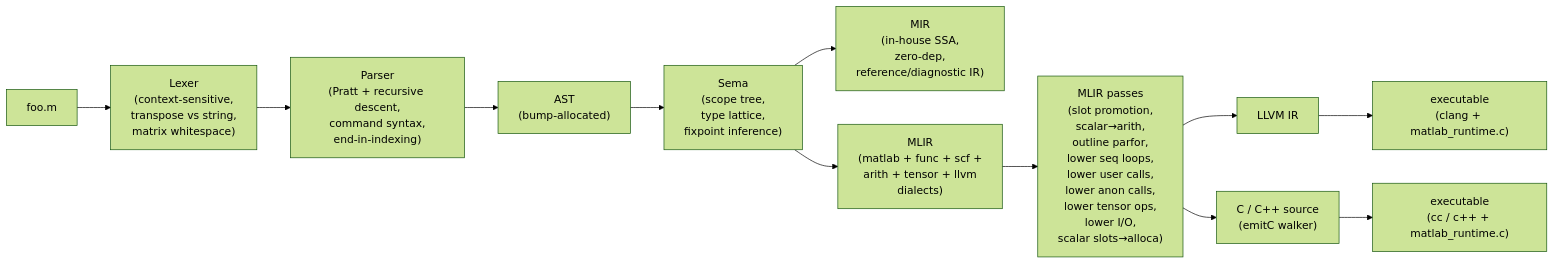
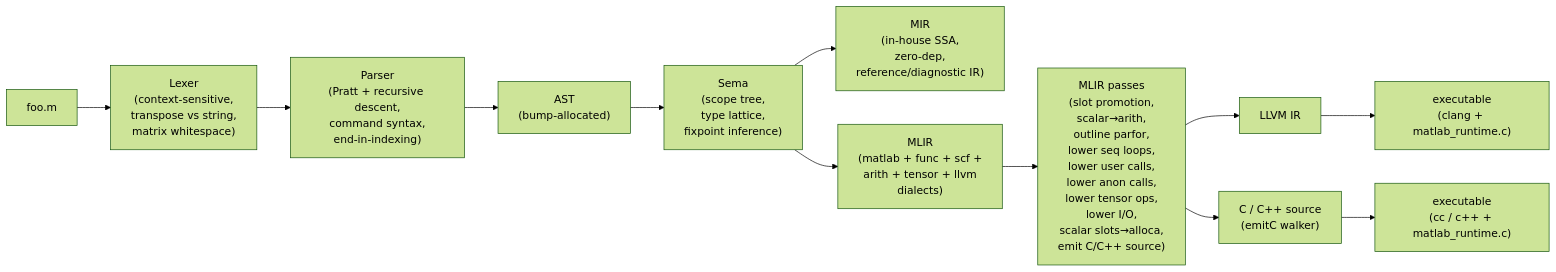
One commit to leonardoaraujosantos/matlab_llvm changed the first of 4 diagrams in README.md. Above: the diagram before and after it, drawn with Mermaid (forest theme). The commit also changed other lines of this file and 1 other file, not shown here.

````diff
--- a/README.md
+++ b/README.md
@@ -92,14 +94,14 @@
 ```mermaid
 flowchart LR
   src["foo.m"] --> lex["Lexer<br/>(context-sensitive,<br/>transpose vs string,<br/>matrix whitespace)"]
   lex --> parse["Parser<br/>(Pratt + recursive descent,<br/>command syntax,<br/>end-in-indexing)"]
   parse --> ast["AST<br/>(bump-allocated)"]
   ast --> sema["Sema<br/>(scope tree,<br/>type lattice,<br/>fixpoint inference)"]
   sema --> mir["MIR<br/>(in-house SSA,<br/>zero-dep,<br/>reference/diagnostic IR)"]
   sema --> mlir["MLIR<br/>(matlab + func + scf +<br/>arith + tensor + llvm<br/>dialects)"]
-  mlir --> passes["MLIR passes<br/>(slot promotion,<br/>scalar→arith,<br/>outline parfor,<br/>lower seq loops,<br/>lower user calls,<br/>lower anon calls,<br/>lower tensor ops,<br/>lower I/O,<br/>scalar slots→alloca)"]
+  mlir --> passes["MLIR passes<br/>(slot promotion,<br/>scalar→arith,<br/>outline parfor,<br/>lower seq loops,<br/>lower user calls,<br/>lower anon calls,<br/>lower tensor ops,<br/>lower I/O,<br/>scalar slots→alloca,<br/>emit C/C++ source)"]
   passes --> llvmir["LLVM IR"]
   passes --> csrc["C / C++ source<br/>(emitC walker)"]
   llvmir --> exe["executable<br/>(clang + matlab_runtime.c)"]
   csrc --> exe2["executable<br/>(cc / c++ + matlab_runtime.c)"]
 ```
````
